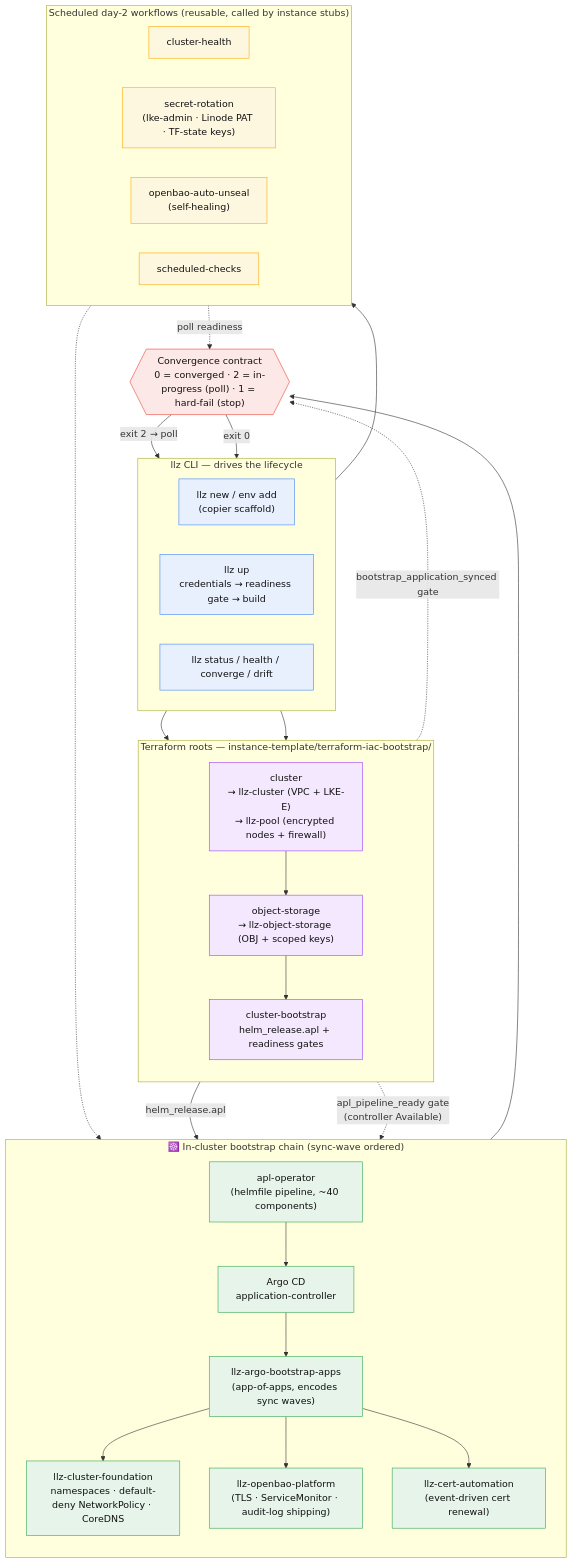
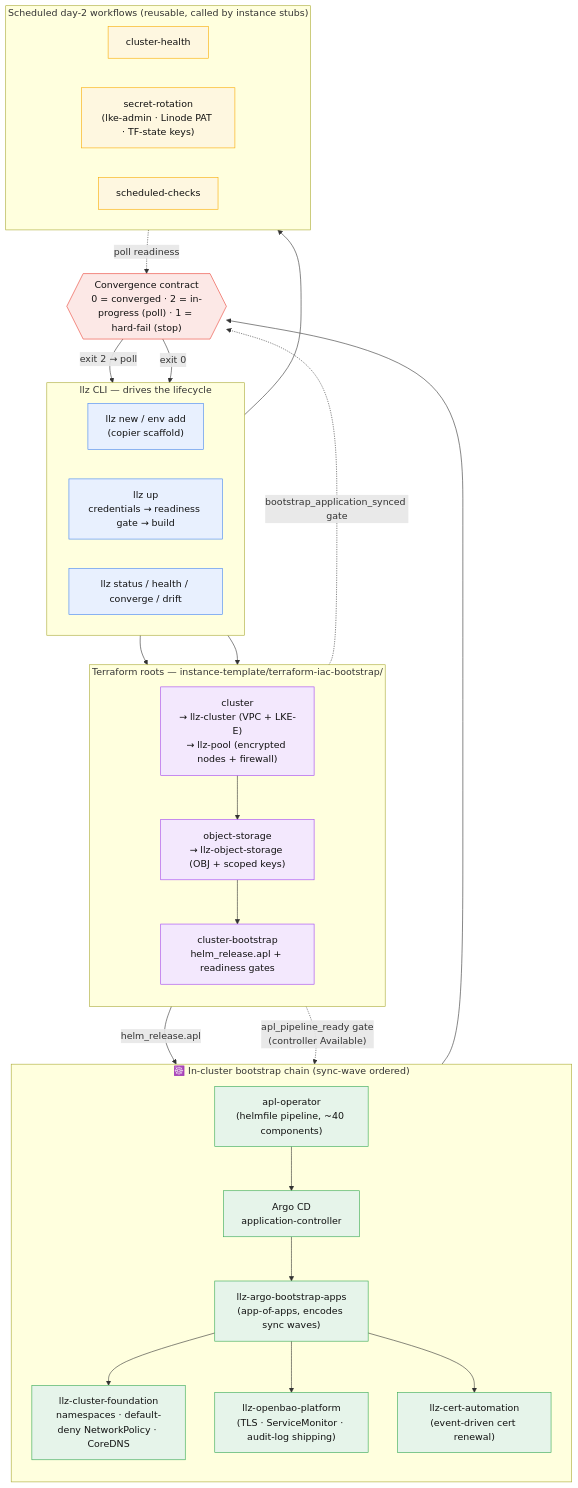
The second of 2 diagrams in docs/architecture/overview.md (akamai-consulting/lke-landing-zone), drawn with Mermaid before and after one commit. The commit also changed 10 other files, not shown here.

First line of the commit message:
docs(openbao): static auto-unseal — update runbooks, secrets, quickstart

````diff
--- a/docs/architecture/overview.md
+++ b/docs/architecture/overview.md
@@ -87,65 +87,63 @@
 ```mermaid
 flowchart TB
     subgraph DRIVE["llz CLI — drives the lifecycle"]
         direction LR
         NEW["llz new / env add<br/>(copier scaffold)"]
         UP["llz up<br/>credentials → readiness gate → build"]
         DAY2["llz status / health / converge / drift"]
     end
 
     subgraph TFROOTS["Terraform roots — instance-template/terraform-iac-bootstrap/"]
         direction TB
         R1["cluster<br/>→ llz-cluster (VPC + LKE-E)<br/>→ llz-pool (encrypted nodes + firewall)"]
         R2["object-storage<br/>→ llz-object-storage (OBJ + scoped keys)"]
         R4["cluster-bootstrap<br/>helm_release.apl + readiness gates"]
     end
 
     subgraph CLUSTER["☸️ In-cluster bootstrap chain (sync-wave ordered)"]
         direction TB
         APL["apl-operator<br/>(helmfile pipeline, ~40 components)"]
         ARGO["Argo CD<br/>application-controller"]
         AOA["llz-argo-bootstrap-apps<br/>(app-of-apps, encodes sync waves)"]
         FOUND["llz-cluster-foundation<br/>namespaces · default-deny NetworkPolicy · CoreDNS"]
         BAO["llz-openbao-platform<br/>(TLS · ServiceMonitor · audit-log shipping)"]
         CERT["llz-cert-automation<br/>(event-driven cert renewal)"]
     end
 
     GATE{{"Convergence contract<br/>0 = converged · 2 = in-progress (poll) · 1 = hard-fail (stop)"}}
 
     NEW --> R1
     UP --> R1 --> R2 --> R4
     R4 -->|"helm_release.apl"| APL
     APL --> ARGO
     R4 -.->|"apl_pipeline_ready gate<br/>(controller Available)"| ARGO
     ARGO --> AOA
     AOA --> FOUND
     AOA --> BAO
     AOA --> CERT
     R4 -.->|"bootstrap_application_synced gate"| GATE
     AOA --> GATE
     GATE -->|"exit 2 → poll"| DAY2
     GATE -->|"exit 0"| DAY2
 
     subgraph SCHED["Scheduled day-2 workflows (reusable, called by instance stubs)"]
         direction LR
         H["cluster-health"]
         ROT["secret-rotation<br/>(lke-admin · Linode PAT · TF-state keys)"]
-        UNSEAL["openbao-auto-unseal<br/>(self-healing)"]
         CHK["scheduled-checks"]
     end
 
     DAY2 --> SCHED
     SCHED -.->|"poll readiness"| GATE
-    UNSEAL -.-> BAO
 
     classDef cli fill:#e8f0fe,stroke:#4285f4,color:#111;
     classDef tf fill:#f3e8fd,stroke:#a142f4,color:#111;
     classDef k8s fill:#e6f4ea,stroke:#34a853,color:#111;
     classDef gate fill:#fce8e6,stroke:#ea4335,color:#111;
     classDef sch fill:#fef7e0,stroke:#f9ab00,color:#111;
     class NEW,UP,DAY2 cli;
     class R1,R2,R4 tf;
     class APL,ARGO,AOA,FOUND,BAO,CERT k8s;
     class GATE gate;
-    class H,ROT,UNSEAL,CHK sch;
+    class H,ROT,CHK sch;
 ```
````
